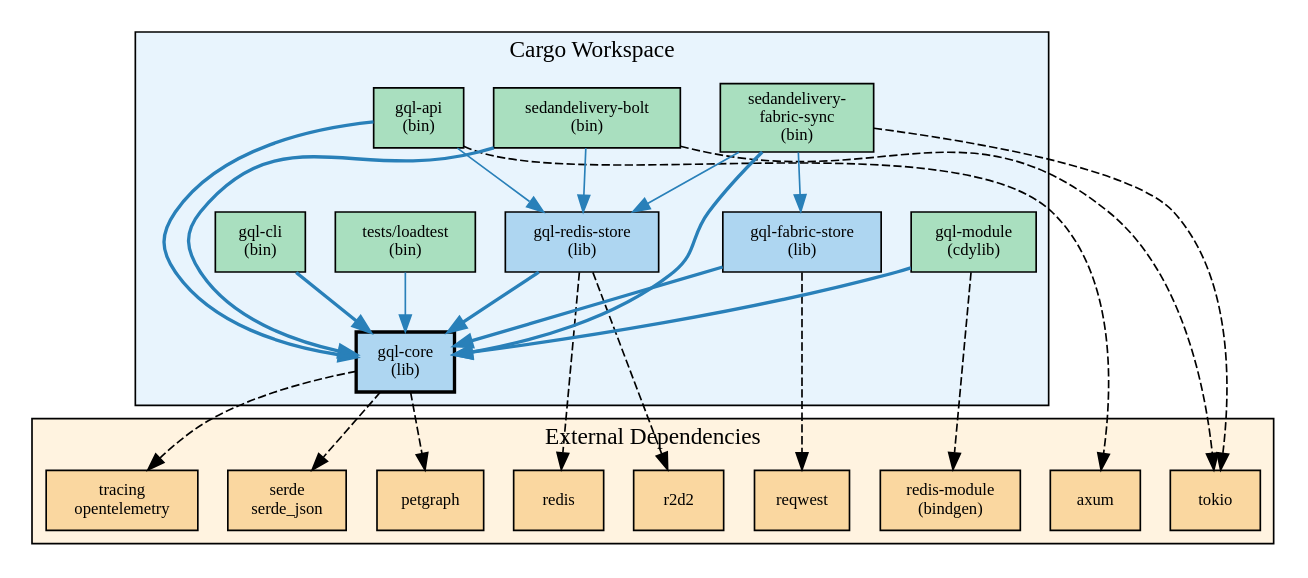
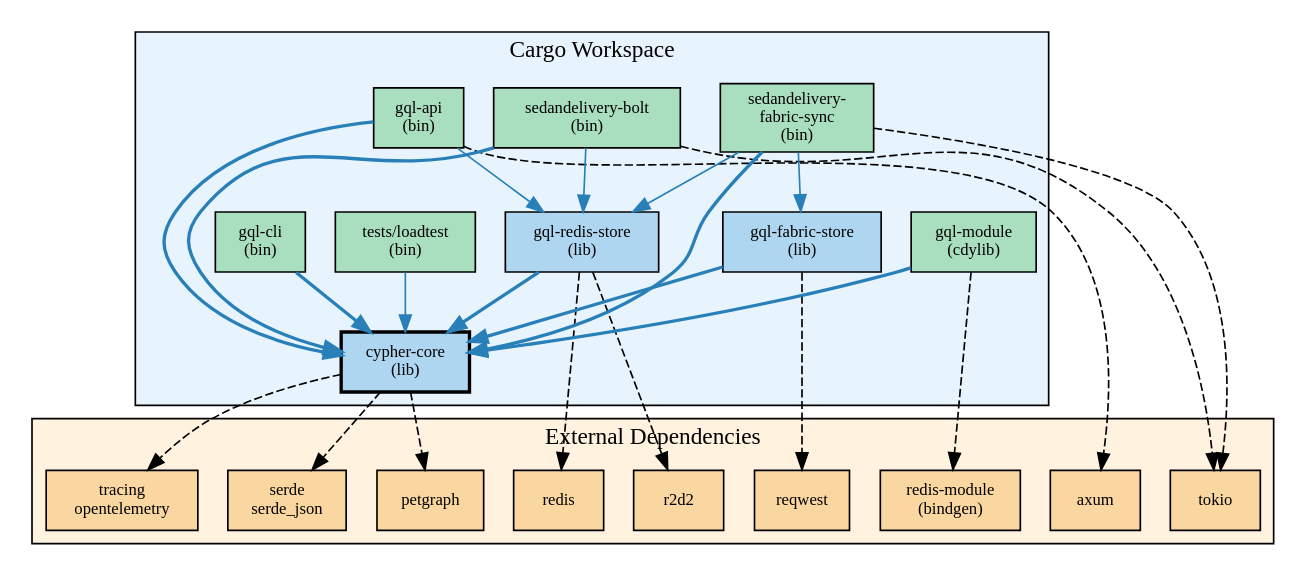
The diagram in docs/atlas/compile-deps/dependencies.dot (rysweet/SedanDelivery), drawn with Graphviz before and after one commit. The commit also changed 488 other files, not shown here.

First line of the commit message:
feat(cypher-core): architecture cleanup + PersistentGraphStore (#1093)

```diff
--- a/docs/atlas/compile-deps/dependencies.dot
+++ b/docs/atlas/compile-deps/dependencies.dot
@@ -1,61 +1,61 @@
 digraph compile_deps {
     rankdir=TD
     node [shape=box style=filled fontsize=10]
     compound=true
 
     subgraph cluster_workspace {
         label="Cargo Workspace"
         style=filled fillcolor="#E8F4FD"
 
-        gql_core [label="gql-core\n(lib)" fillcolor="#AED6F1" penwidth=2]
+        cypher_core [label="cypher-core\n(lib)" fillcolor="#AED6F1" penwidth=2]
         gql_redis [label="gql-redis-store\n(lib)" fillcolor="#AED6F1"]
         gql_fabric [label="gql-fabric-store\n(lib)" fillcolor="#AED6F1"]
         gql_module [label="gql-module\n(cdylib)" fillcolor="#A9DFBF"]
         gql_api [label="gql-api\n(bin)" fillcolor="#A9DFBF"]
         gql_cli [label="gql-cli\n(bin)" fillcolor="#A9DFBF"]
         bolt [label="sedandelivery-bolt\n(bin)" fillcolor="#A9DFBF"]
         sync [label="sedandelivery-\nfabric-sync\n(bin)" fillcolor="#A9DFBF"]
         loadtest [label="tests/loadtest\n(bin)" fillcolor="#A9DFBF"]
     }
 
     subgraph cluster_external {
         label="External Dependencies"
         style=filled fillcolor="#FFF3E0"
 
         redis_crate [label="redis" fillcolor="#FAD7A0"]
         r2d2_crate [label="r2d2" fillcolor="#FAD7A0"]
         axum_crate [label="axum" fillcolor="#FAD7A0"]
         tokio_crate [label="tokio" fillcolor="#FAD7A0"]
         reqwest_crate [label="reqwest" fillcolor="#FAD7A0"]
         redis_module_crate [label="redis-module\n(bindgen)" fillcolor="#FAD7A0"]
         petgraph_crate [label="petgraph" fillcolor="#FAD7A0"]
         serde_crate [label="serde\nserde_json" fillcolor="#FAD7A0"]
         tracing_crate [label="tracing\nopentelemetry" fillcolor="#FAD7A0"]
     }
 
     // Internal deps
-    gql_redis -> gql_core [color="#2980B9" penwidth=2]
-    gql_fabric -> gql_core [color="#2980B9" penwidth=2]
-    gql_module -> gql_core [color="#2980B9" penwidth=2]
-    gql_cli -> gql_core [color="#2980B9" penwidth=2]
-    gql_api -> gql_core [color="#2980B9" penwidth=2]
+    gql_redis -> cypher_core [color="#2980B9" penwidth=2]
+    gql_fabric -> cypher_core [color="#2980B9" penwidth=2]
+    gql_module -> cypher_core [color="#2980B9" penwidth=2]
+    gql_cli -> cypher_core [color="#2980B9" penwidth=2]
+    gql_api -> cypher_core [color="#2980B9" penwidth=2]
     gql_api -> gql_redis [color="#2980B9"]
-    bolt -> gql_core [color="#2980B9" penwidth=2]
+    bolt -> cypher_core [color="#2980B9" penwidth=2]
     bolt -> gql_redis [color="#2980B9"]
-    sync -> gql_core [color="#2980B9" penwidth=2]
+    sync -> cypher_core [color="#2980B9" penwidth=2]
     sync -> gql_redis [color="#2980B9"]
     sync -> gql_fabric [color="#2980B9"]
-    loadtest -> gql_core [color="#2980B9"]
+    loadtest -> cypher_core [color="#2980B9"]
 
     // External deps
-    gql_core -> petgraph_crate [style=dashed color="#888"]
-    gql_core -> serde_crate [style=dashed color="#888"]
-    gql_core -> tracing_crate [style=dashed color="#888"]
+    cypher_core -> petgraph_crate [style=dashed color="#888"]
+    cypher_core -> serde_crate [style=dashed color="#888"]
+    cypher_core -> tracing_crate [style=dashed color="#888"]
     gql_redis -> redis_crate [style=dashed color="#888"]
     gql_redis -> r2d2_crate [style=dashed color="#888"]
     gql_fabric -> reqwest_crate [style=dashed color="#888"]
     gql_module -> redis_module_crate [style=dashed color="#888"]
     gql_api -> axum_crate [style=dashed color="#888"]
     bolt -> tokio_crate [style=dashed color="#888"]
     sync -> tokio_crate [style=dashed color="#888"]
 }
```
